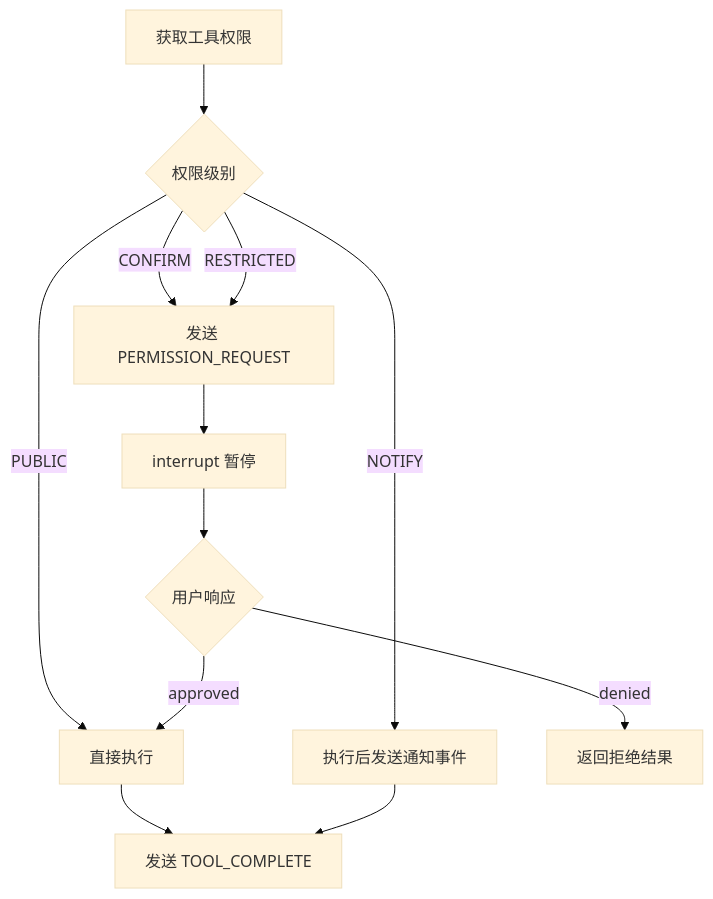
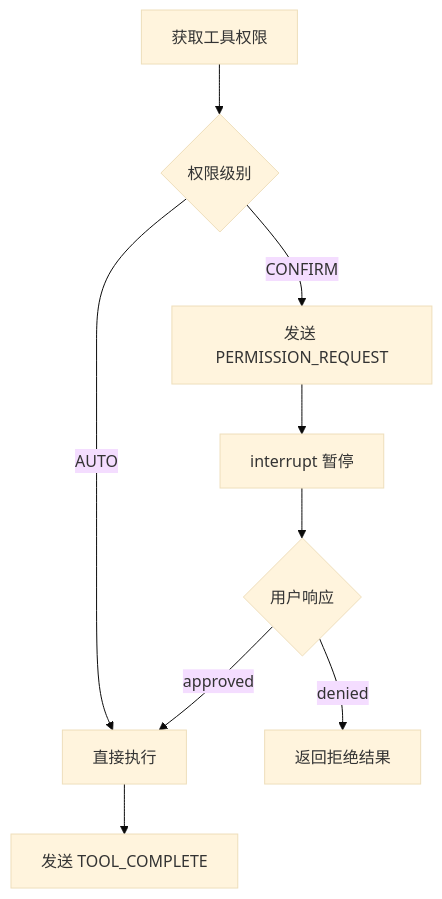
The diagram in docs/architecture/tools.md (Neutrino1998/artifact-flow), drawn with Mermaid (base theme) before and after one commit. The commit also changed other lines of this file and 11 other files, not shown here.

Commit message:
refactor: 简化工具权限为两级模型 (AUTO/CONFIRM)   - 移除 PUBLIC/NOTIFY/RESTRICTED，保留 AUTO 和 CONFIRM。   - AUTO: 自动执行，无需确认   - CONFIRM: 需用户确认（interrupt 暂停）

````diff
--- a/docs/architecture/tools.md
+++ b/docs/architecture/tools.md
@@ -36,14 +34,11 @@
 ```mermaid
 flowchart TD
     A[获取工具权限] --> B{权限级别}
-    B -->|PUBLIC| C[直接执行]
-    B -->|NOTIFY| D[执行后发送通知事件]
-    B -->|CONFIRM| E[发送 PERMISSION_REQUEST]
-    B -->|RESTRICTED| E
-    E --> F[interrupt 暂停]
-    F --> G{用户响应}
-    G -->|approved| C
-    G -->|denied| H[返回拒绝结果]
-    C --> I[发送 TOOL_COMPLETE]
-    D --> I
+    B -->|AUTO| C[直接执行]
+    B -->|CONFIRM| D[发送 PERMISSION_REQUEST]
+    D --> E[interrupt 暂停]
+    E --> F{用户响应}
+    F -->|approved| C
+    F -->|denied| G[返回拒绝结果]
+    C --> H[发送 TOOL_COMPLETE]
 ```
````
